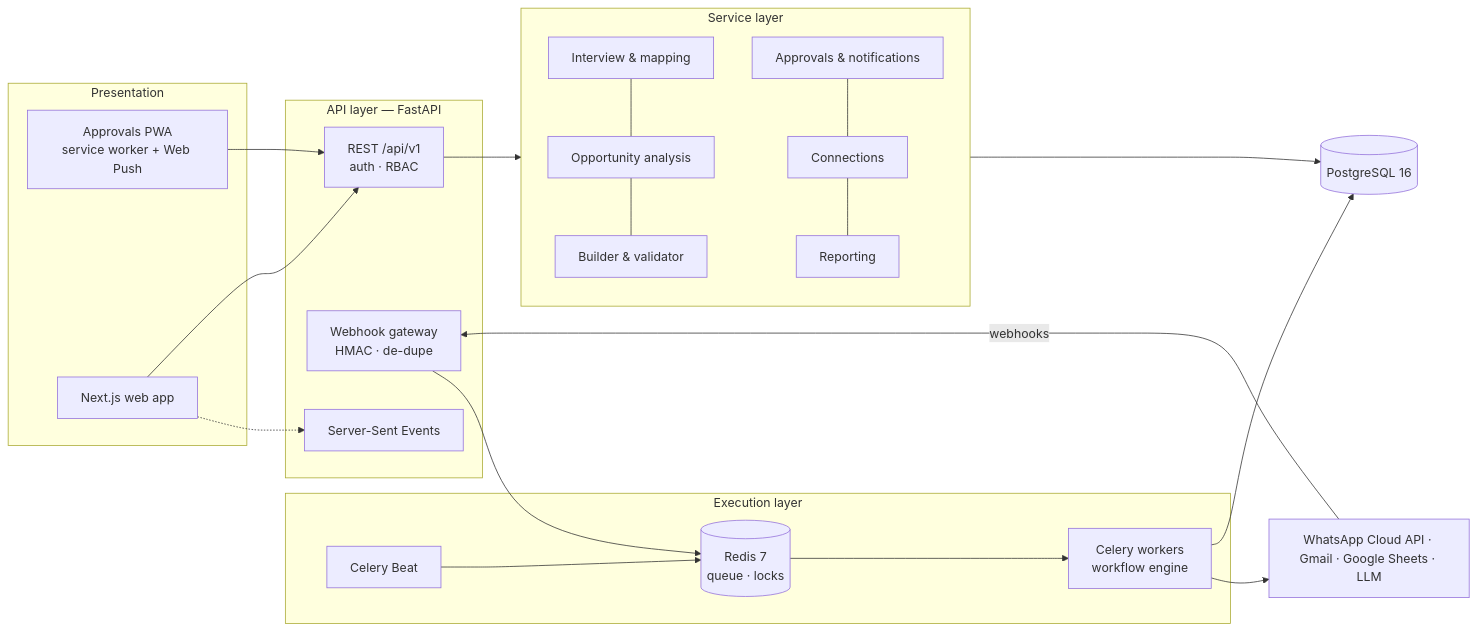
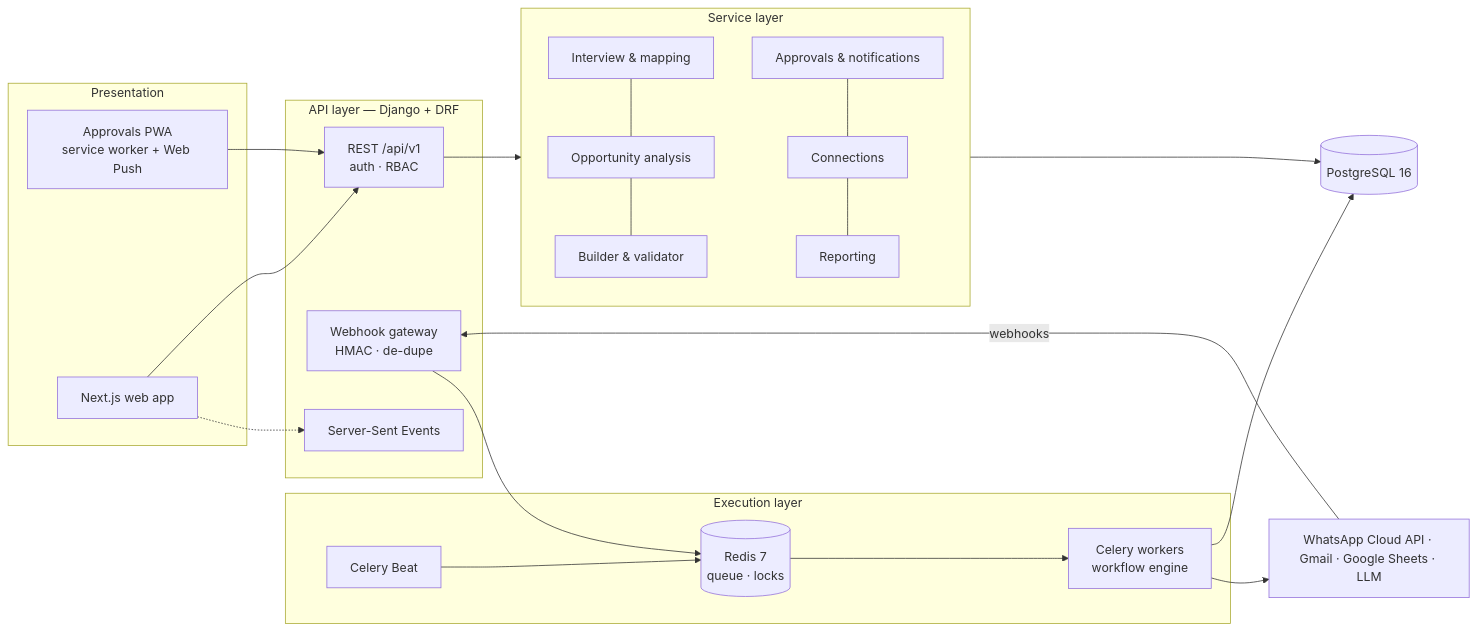
One commit to darazforahmad-glitch/intelliflow changed the diagram in README.md. Above: the diagram before and after it, drawn with Mermaid. The commit also changed other lines of this file and 176 other files, not shown here.

````diff
--- a/README.md
+++ b/README.md
@@ -64,30 +64,30 @@
 ```mermaid
 flowchart LR
   subgraph Presentation
     WEB["Next.js web app"]
     PWA["Approvals PWA<br/>service worker + Web Push"]
   end
-  subgraph API["API layer — FastAPI"]
+  subgraph API["API layer — Django + DRF"]
     REST["REST /api/v1<br/>auth · RBAC"]
     GW["Webhook gateway<br/>HMAC · de-dupe"]
     SSE["Server-Sent Events"]
   end
   subgraph Services["Service layer"]
     FM["Interview & mapping"] --- OA["Opportunity analysis"] --- AB["Builder & validator"]
     APS["Approvals & notifications"] --- CS["Connections"] --- REP["Reporting"]
   end
   subgraph Execution["Execution layer"]
     Q[("Redis 7<br/>queue · locks")] --> W["Celery workers<br/>workflow engine"]
     BEAT["Celery Beat"] --> Q
   end
   DB[("PostgreSQL 16")]
   EXT["WhatsApp Cloud API · Gmail · Google Sheets · LLM"]
   WEB & PWA --> REST
   WEB -.-> SSE
   REST --> Services
   GW --> Q
   Services --> DB
   W --> DB
   W --> EXT
   EXT -->|webhooks| GW
 ```
````
